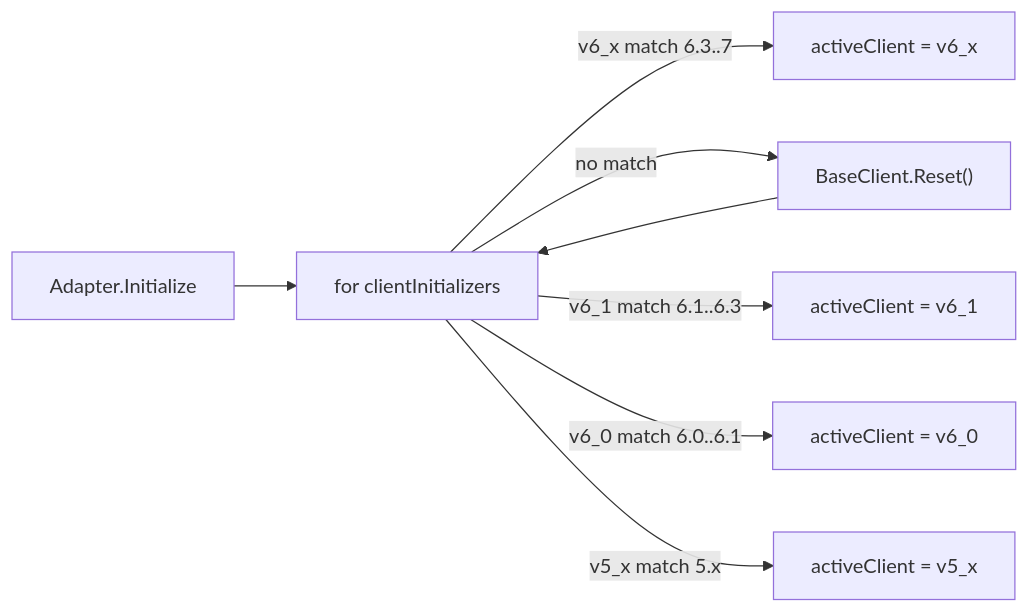
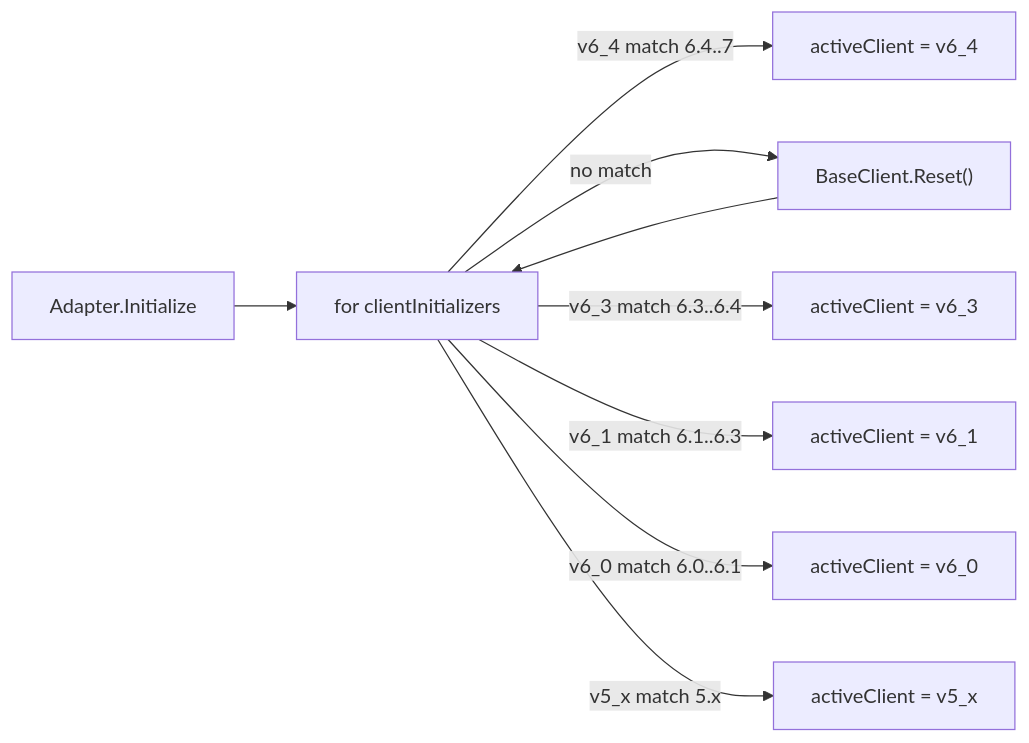
Before and after one commit to POSIdev-community/aictl: the second of 2 diagrams in AGENTS.md, drawn with Mermaid. The commit also changed other lines of this file and 111 other files, not shown here.

````diff
--- a/AGENTS.md
+++ b/AGENTS.md
@@ -117,10 +131,11 @@
 ```mermaid
 flowchart LR
     init["Adapter.Initialize"] --> loop["for clientInitializers"]
-    loop -->|"v6_x match 6.3..7"| active6x["activeClient = v6_x"]
+    loop -->|"v6_4 match 6.4..7"| active64["activeClient = v6_4"]
     loop -->|"no match"| reset0["BaseClient.Reset()"]
     reset0 --> loop
+    loop -->|"v6_3 match 6.3..6.4"| active63["activeClient = v6_3"]
     loop -->|"v6_1 match 6.1..6.3"| active61["activeClient = v6_1"]
     loop -->|"v6_0 match 6.0..6.1"| active60["activeClient = v6_0"]
     loop -->|"v5_x match 5.x"| active5["activeClient = v5_x"]
 ```
````
